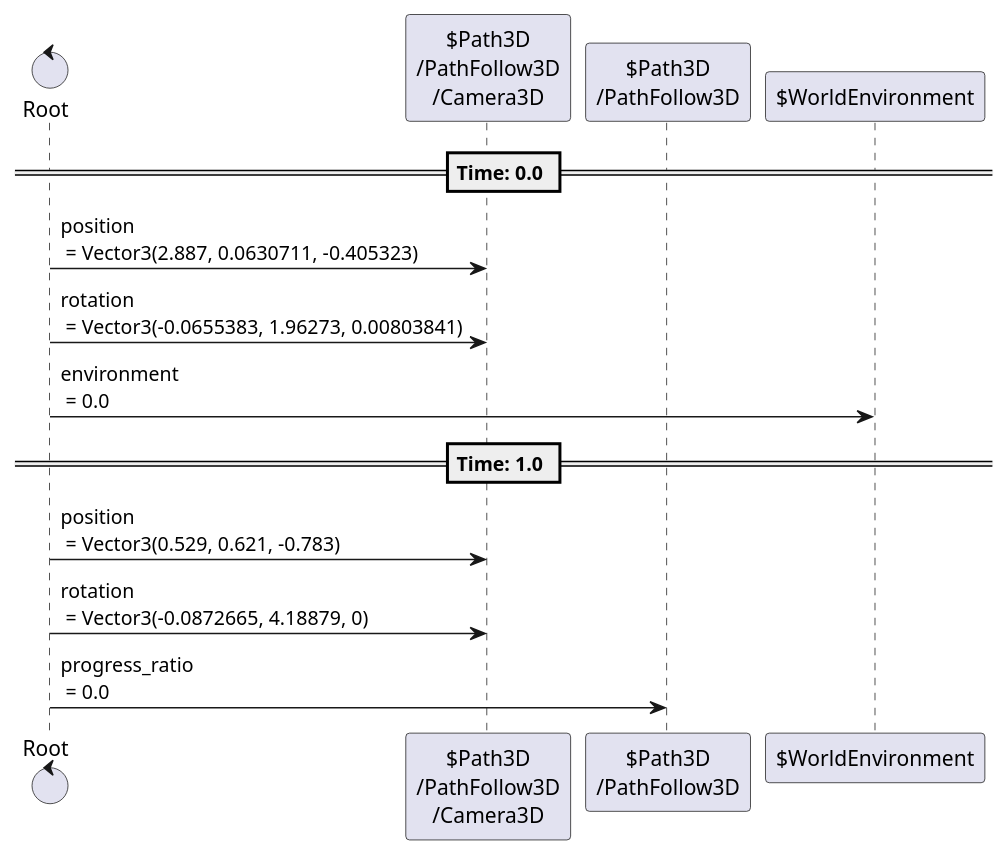
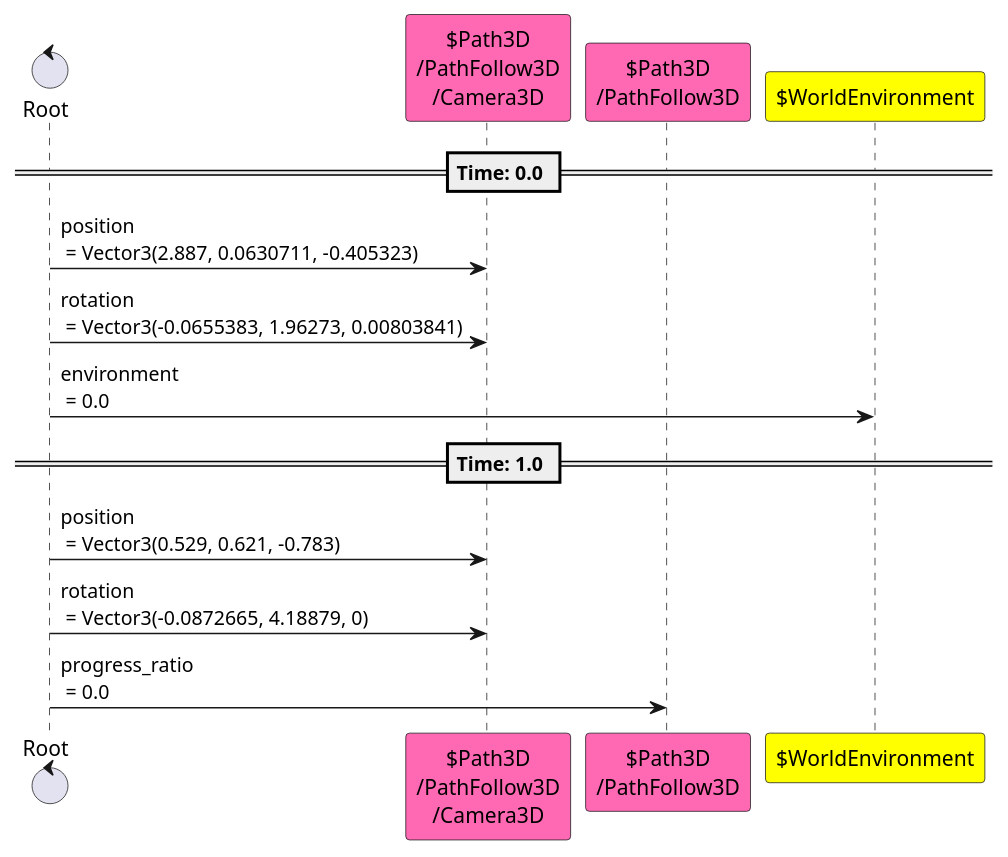
Before and after one commit to tkmfujise/Platformer-Game-Learning: the third of 23 diagrams in content/scenes/src/world/world.tscn.adoc, drawn with PlantUML. The commit also changed other lines of this file and 67 other files, not shown here.

```diff
--- a/content/scenes/src/world/world.tscn.adoc
+++ b/content/scenes/src/world/world.tscn.adoc
@@ -155,20 +155,20 @@
 [plantuml]
 ....
 control "Root" as R
-participant "$Path3D\n/PathFollow3D\n/Camera3D" as T0
-participant "$Path3D\n/PathFollow3D" as T2
-participant "$WorldEnvironment" as T3
+participant "$Path3D\n/PathFollow3D\n/Camera3D" as T0 #FF69B4
+participant "$Path3D\n/PathFollow3D" as T2 #FF69B4
+participant "$WorldEnvironment" as T3 #FFFF00
 
 
 
 == Time: 0.0 ==
 R  ->  T0 : position\n = Vector3(2.887, 0.0630711, -0.405323)
 R  ->  T0 : rotation\n = Vector3(-0.0655383, 1.96273, 0.00803841)
 R  ->  T3 : environment\n = 0.0
 == Time: 1.0 ==
 R  ->  T0 : position\n = Vector3(0.529, 0.621, -0.783)
 R  ->  T0 : rotation\n = Vector3(-0.0872665, 4.18879, 0)
 R  ->  T2 : progress_ratio\n = 0.0
 
 
 ....
```
